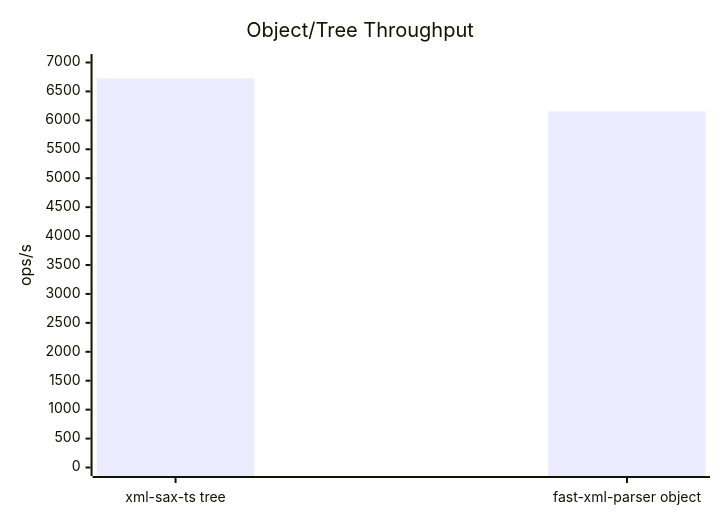
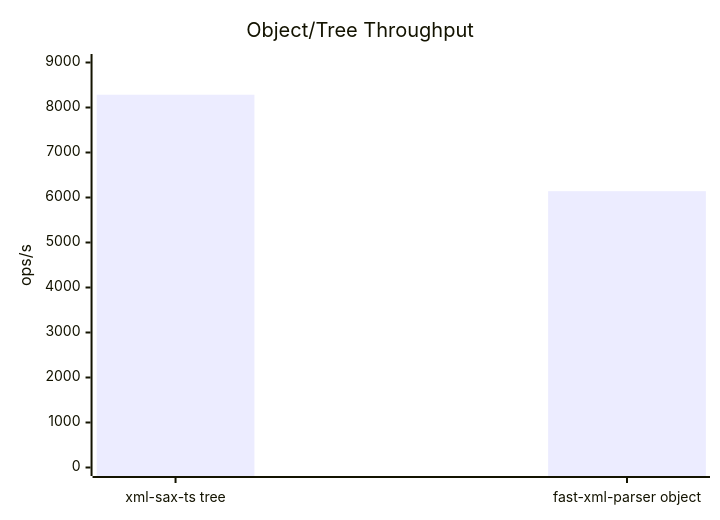
One commit to aaronzi/xml-sax-ts changed the second of 3 diagrams in README.md. Above: the diagram before and after it, drawn with Mermaid. The commit also changed other lines of this file and 12 other files, not shown here.

````diff
--- a/README.md
+++ b/README.md
@@ -206,7 +217,7 @@
 ```mermaid
 xychart-beta
   title "Object/Tree Throughput"
   x-axis ["xml-sax-ts tree", "fast-xml-parser object"]
-  y-axis "ops/s" 0 --> 7000
-  bar [6723.7, 6155.43]
+  y-axis "ops/s" 0 --> 9000
+  bar [8283.71, 6140.67]
 ```
````
